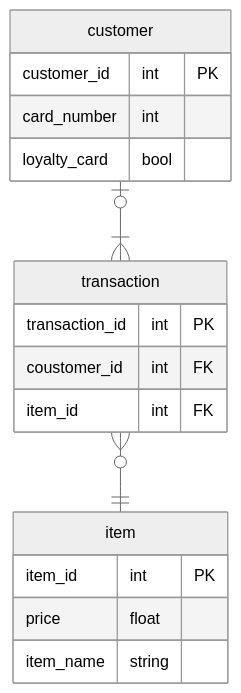
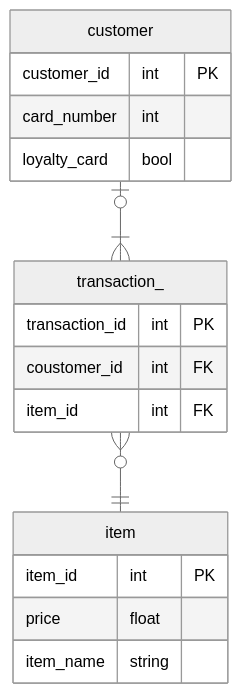
One commit to seancraven/CDS_book changed the second of 2 diagrams in _sources/Chapter_3/SimpleTrans.md. Above: the diagram before and after it, drawn with Mermaid (neutral theme). The commit also changed other lines of this file and 111 other files, not shown here.

````diff
--- a/_sources/Chapter_3/SimpleTrans.md
+++ b/_sources/Chapter_3/SimpleTrans.md
@@ -60,26 +59,21 @@
 ```{mermaid}
-:align: center
-erDiagram 
-    customer o|--|{transaction: ""
+:caption: A relational database alternative to transaction data storage, which provides reduced data duplication.
+erDiagram
+    customer o|--|{transaction_: ""
     customer{
     customer_id int PK
     card_number int 
     loyalty_card bool 
     }
-    
-    transaction }o--|| item : ""
-    transaction{
+    transaction_ }o--|| item : ""
+    transaction_{
     transaction_id int PK
     coustomer_id int FK
     item_id int FK
     }
-    
-    item
     item{
     item_id int PK
     price float
     item_name string 
-    }
-    
-    
+}
 ```
````
